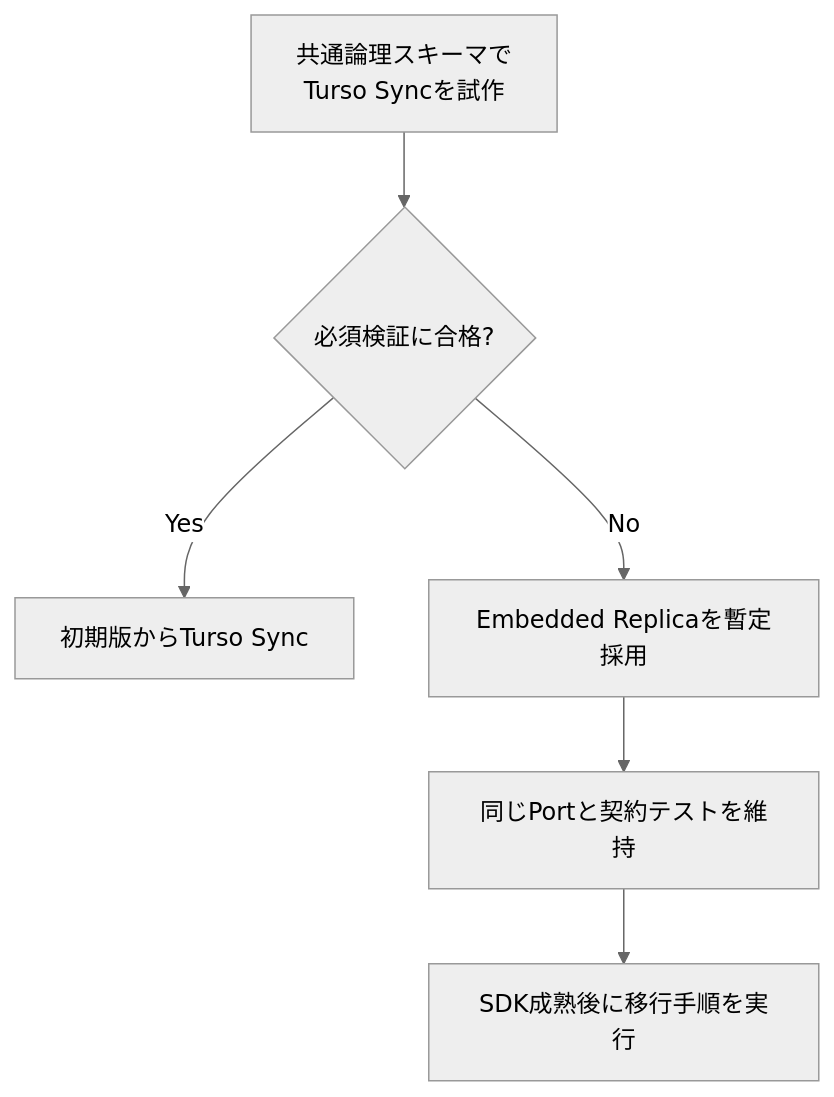
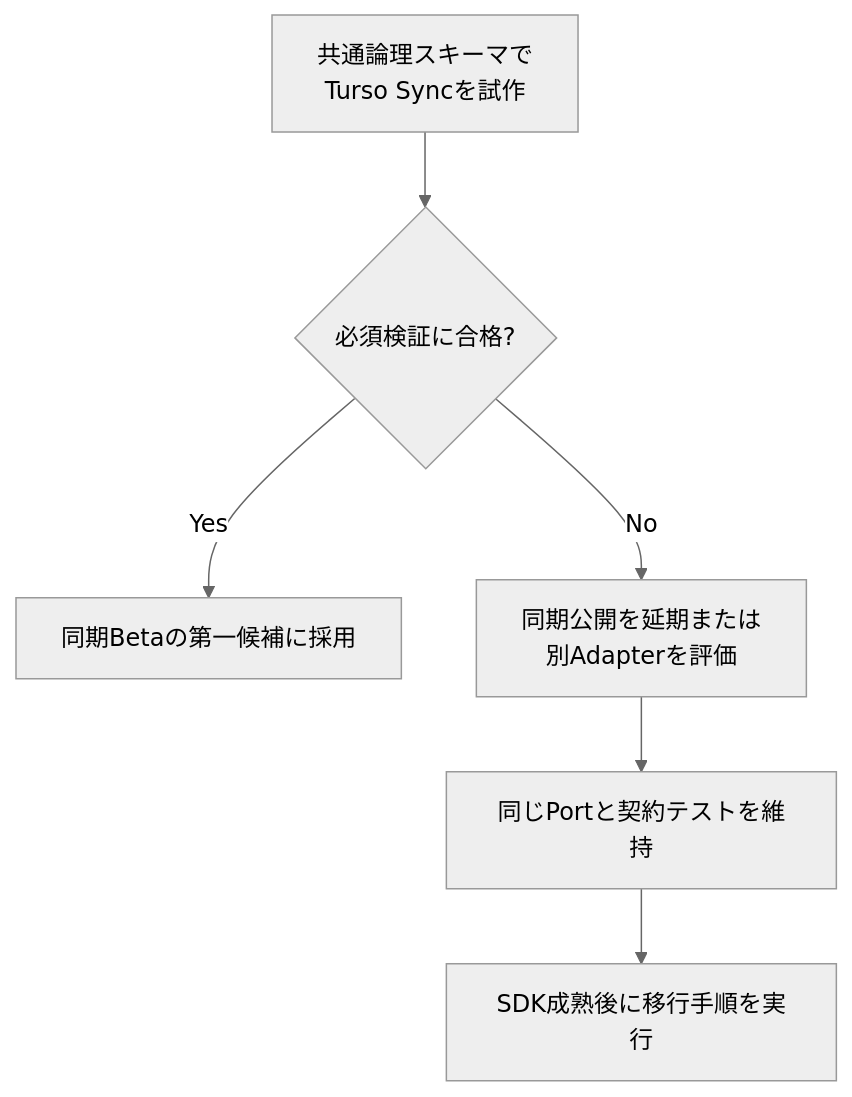
One commit to mgmaru/algo-loom changed the ninth of 9 diagrams in database/turso-migration-compatibility-design.md. Above: the diagram before and after it, drawn with Mermaid (neutral theme). The commit also changed other lines of this file and 11 other files, not shown here.

````diff
--- a/database/turso-migration-compatibility-design.md
+++ b/database/turso-migration-compatibility-design.md
@@ -607,8 +612,8 @@
 ```mermaid
 flowchart TD
     A[共通論理スキーマで<br/>Turso Syncを試作] --> B{必須検証に合格?}
-    B -->|Yes| C[初期版からTurso Sync]
-    B -->|No| D[Embedded Replicaを暫定採用]
+    B -->|Yes| C[同期Betaの第一候補に採用]
+    B -->|No| D[同期公開を延期または<br/>別Adapterを評価]
     D --> E[同じPortと契約テストを維持]
     E --> F[SDK成熟後に移行手順を実行]
 ```
````
